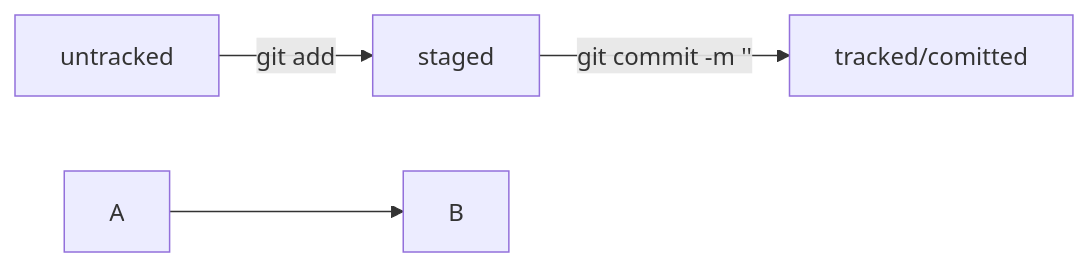
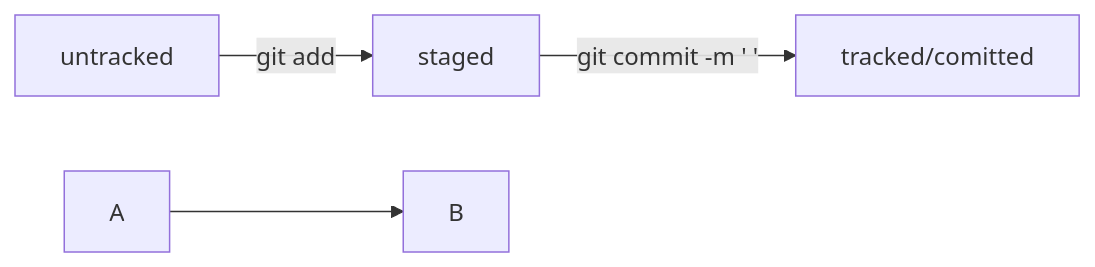
Before and after one commit to Pe4EHKA/git-tips: the diagram in README.md, drawn with Mermaid.

````diff
--- a/README.md
+++ b/README.md
@@ -107,8 +107,8 @@
 ```mermaid
 graph LR;
   untracked -- "git add" --> staged;
-  staged    -- "git commit -m ''"     --> tracked/comitted;
+  staged    -- "git commit -m ' '"     --> tracked/comitted;
 
 %% стрелка без текста для примера: 
   A --> B;
 ```
````
